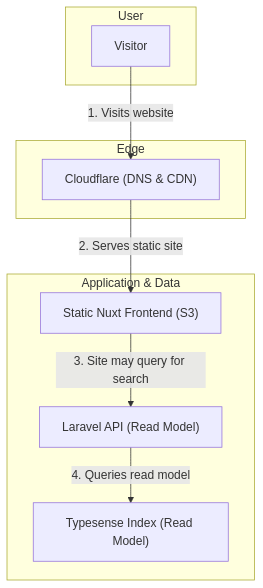
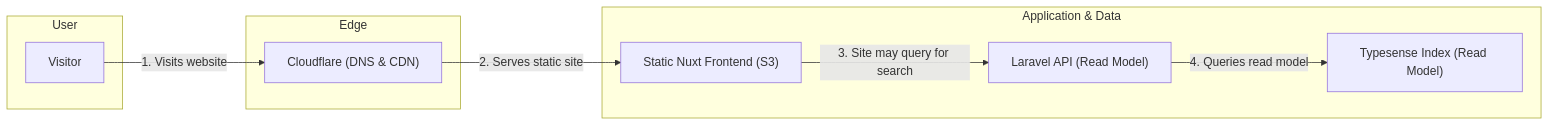
One commit to daim-dev/pitch changed the first of 3 diagrams in slides.md. Above: the diagram before and after it, drawn with Mermaid. The commit also changed other lines of this file, not shown here.

Commit message:
fix(architecture): make mermaid diagram left right

````diff
--- a/slides.md
+++ b/slides.md
@@ -165,21 +165,21 @@
 ```mermaid
-graph TD
+graph LR
     subgraph "User"
         Visitor
     end
 
     subgraph "Edge"
         Cloudflare["Cloudflare (DNS & CDN)"]
     end
 
     subgraph "Application & Data"
         S3["Static Nuxt Frontend (S3)"]
         API["Laravel API (Read Model)"]
         Search["Typesense Index (Read Model)"]
     end
 
     Visitor -- "1. Visits website" --> Cloudflare
     Cloudflare -- "2. Serves static site" --> S3
     S3 -- "3. Site may query for search" --> API
     API -- "4. Queries read model" --> Search
 ```
````
